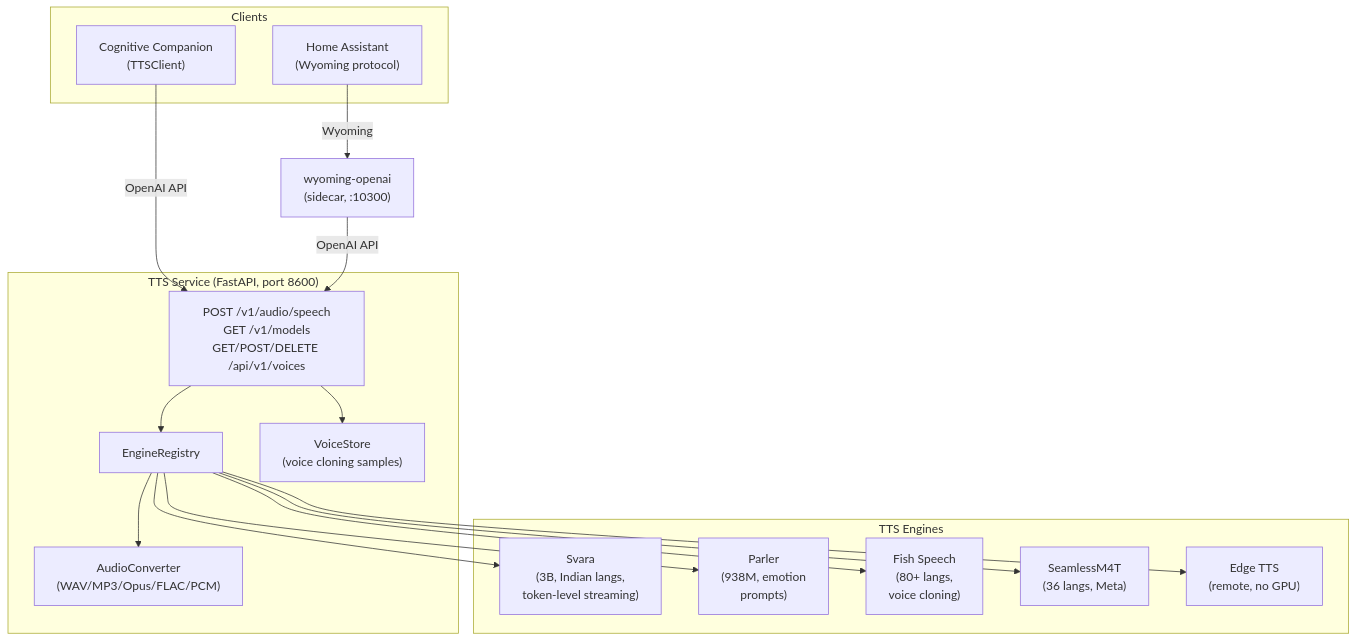
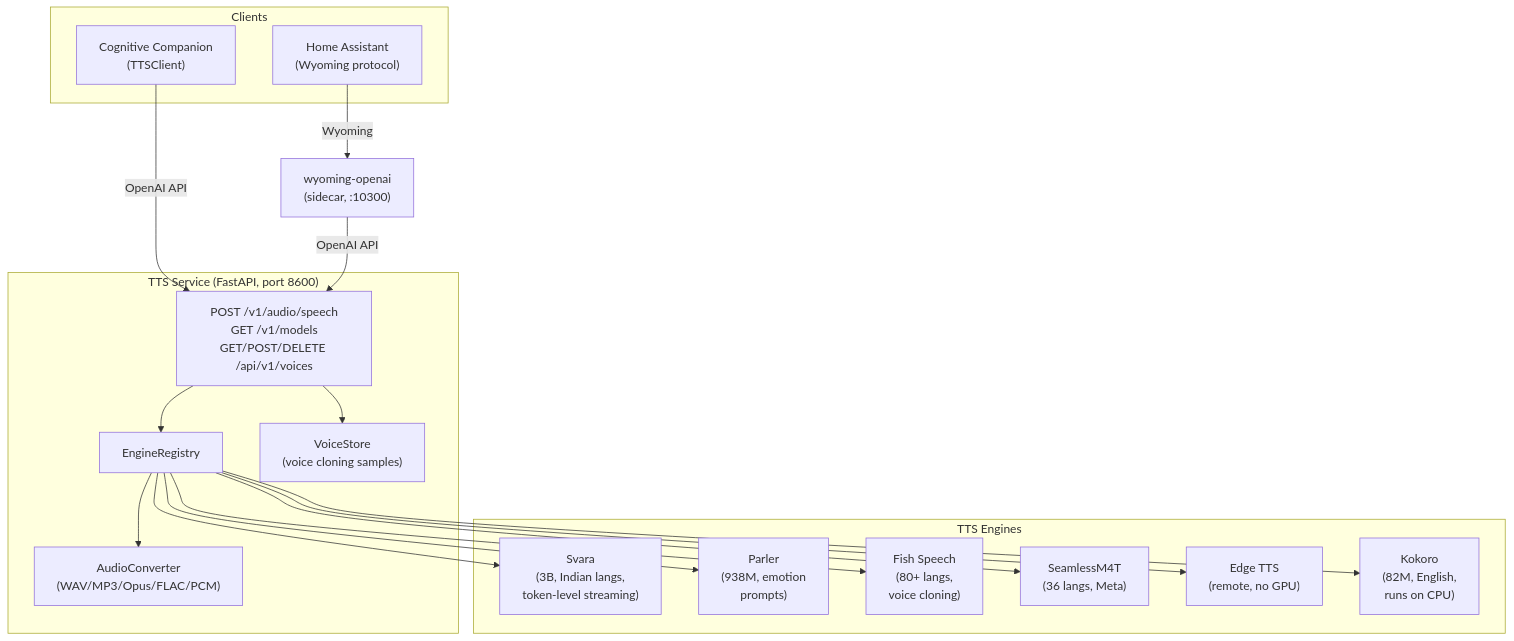
One commit to SilverMind-Project/tts-service changed the diagram in README.md. Above: the diagram before and after it, drawn with Mermaid. The commit also changed other lines of this file and 8 other files, not shown here.

````diff
--- a/README.md
+++ b/README.md
@@ -11,30 +11,31 @@
 ```mermaid
 flowchart TB
     subgraph Clients["Clients"]
         CC["Cognitive Companion<br/>(TTSClient)"]
         HA["Home Assistant<br/>(Wyoming protocol)"]
     end
 
     subgraph TTS["TTS Service (FastAPI, port 8600)"]
         Router["POST /v1/audio/speech<br/>GET /v1/models<br/>GET/POST/DELETE /api/v1/voices"]
         Registry["EngineRegistry"]
         Converter["AudioConverter<br/>(WAV/MP3/Opus/FLAC/PCM)"]
         VoiceStore["VoiceStore<br/>(voice cloning samples)"]
         Router --> Registry --> Converter
         Router --> VoiceStore
     end
 
     subgraph Engines["TTS Engines"]
         Svara["Svara<br/>(3B, Indian langs,<br/>token-level streaming)"]
         Parler["Parler<br/>(938M, emotion<br/>prompts)"]
         Fish["Fish Speech<br/>(80+ langs,<br/>voice cloning)"]
         Seamless["SeamlessM4T<br/>(36 langs, Meta)"]
         Edge["Edge TTS<br/>(remote, no GPU)"]
+        Kokoro["Kokoro<br/>(82M, English,<br/>runs on CPU)"]
     end
 
-    Registry --> Svara & Parler & Fish & Seamless & Edge
+    Registry --> Svara & Parler & Fish & Seamless & Edge & Kokoro
 
     CC -->|"OpenAI API"| Router
     HA -->|"Wyoming"| Wyoming["wyoming-openai<br/>(sidecar, :10300)"]
     Wyoming -->|"OpenAI API"| Router
 ```
````
